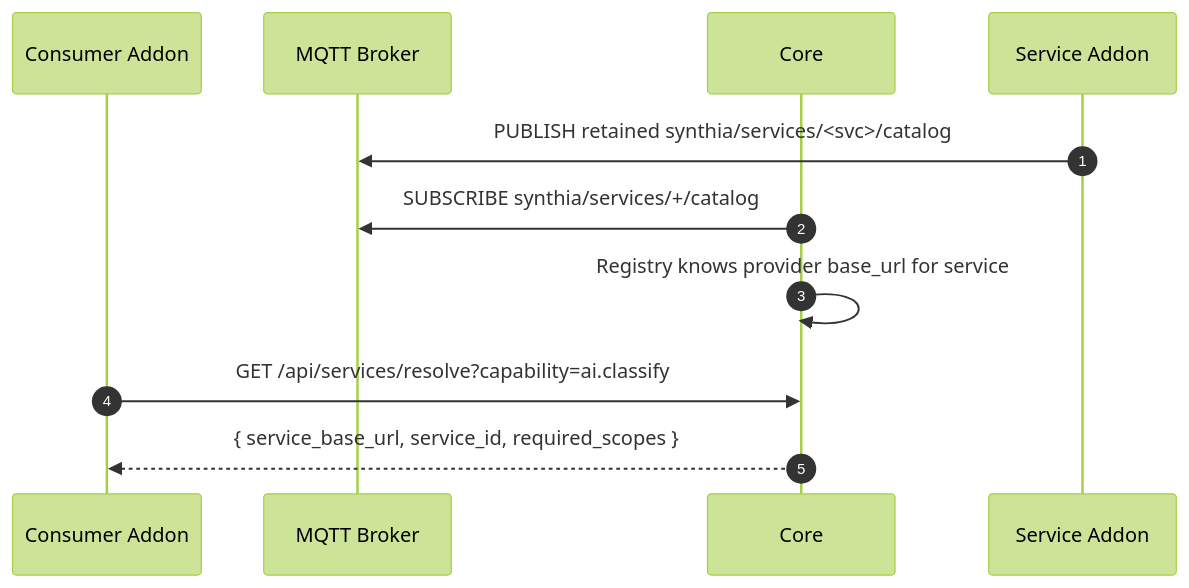
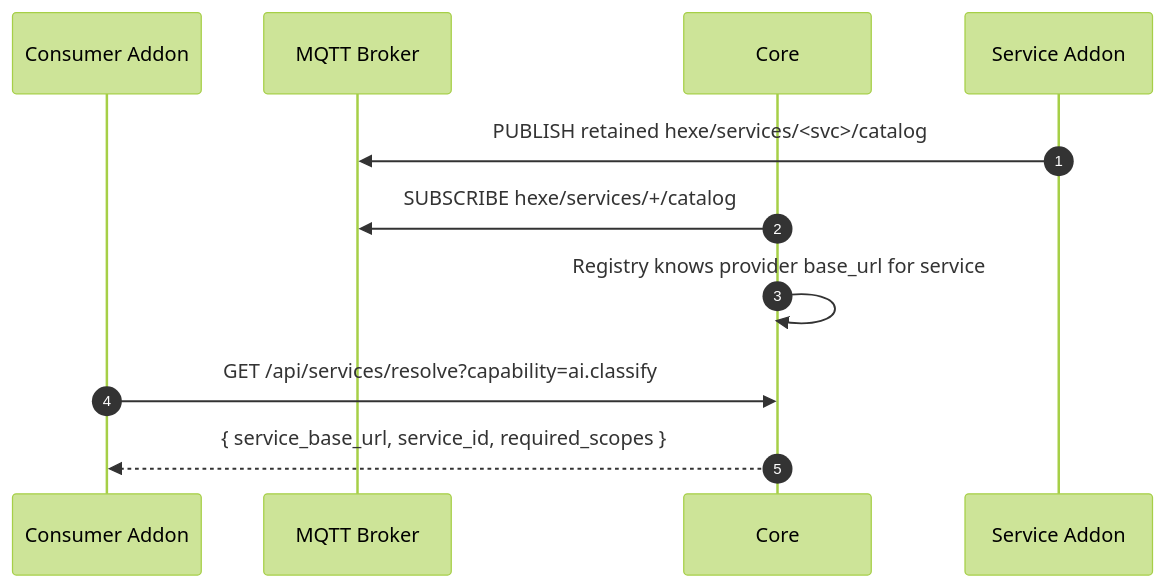
The fourth of 8 diagrams in core/docs/standards/distributed-addon-sequence-diagrams-v0-1.md (danhajduk/HexeCore), drawn with Mermaid (forest theme) before and after one commit. The commit also changed other lines of this file and 64 other files, not shown here.

````diff
--- a/core/docs/standards/distributed-addon-sequence-diagrams-v0-1.md
+++ b/core/docs/standards/distributed-addon-sequence-diagrams-v0-1.md
@@ -76,14 +76,14 @@
 ```mermaid
 sequenceDiagram
   autonumber
   participant V as Consumer Addon
   participant M as MQTT Broker
   participant C as Core
   participant S as Service Addon
 
-  S->>M: PUBLISH retained synthia/services/<svc>/catalog
-  C->>M: SUBSCRIBE synthia/services/+/catalog
+  S->>M: PUBLISH retained hexe/services/<svc>/catalog
+  C->>M: SUBSCRIBE hexe/services/+/catalog
   C->>C: Registry knows provider base_url for service
   V->>C: GET /api/services/resolve?capability=ai.classify
   C-->>V: { service_base_url, service_id, required_scopes }
 ```
````
